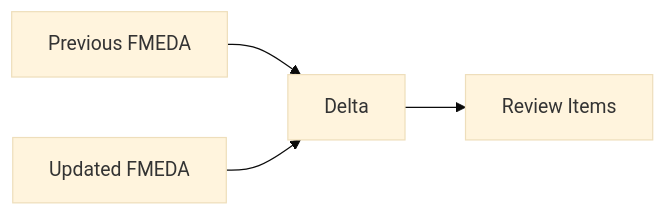
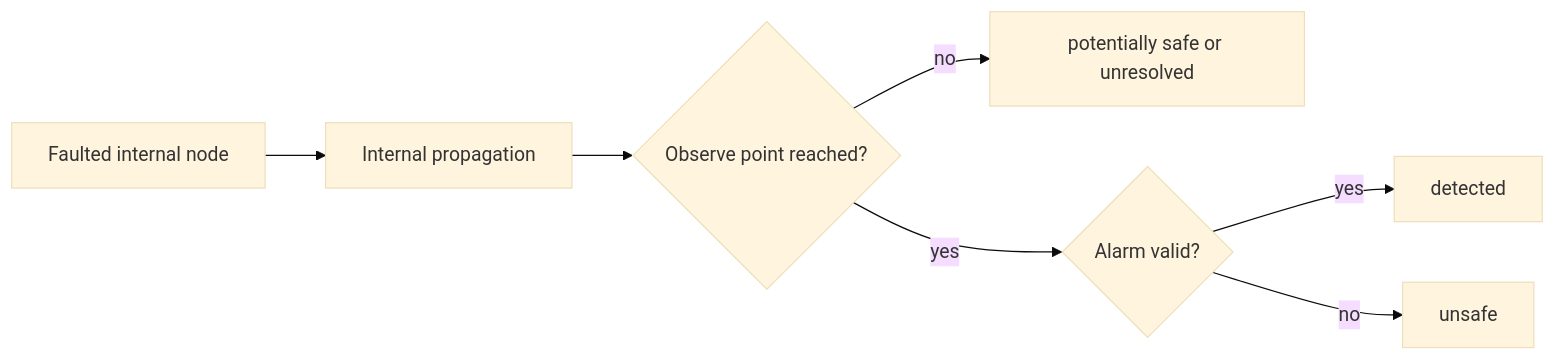
One commit to qiqixixi1001/automotive-safeic-practice changed the eighth of 10 diagrams in articles/13_automotive_safeic_practice_d13_github_en_fmeda_update.md. Above: the diagram before and after it, drawn with Mermaid (base theme). The commit also changed other lines of this file, not shown here.

````diff
--- a/articles/13_automotive_safeic_practice_d13_github_en_fmeda_update.md
+++ b/articles/13_automotive_safeic_practice_d13_github_en_fmeda_update.md
@@ -497,6 +544,9 @@
 ```mermaid
 flowchart LR
-    A[Previous FMEDA] --> C[Delta]
-    B[Updated FMEDA] --> C
-    C --> D[Review Items]
+    A[Faulted internal node] --> B[Internal propagation]
+    B --> C{Observe point reached?}
+    C -- no --> D[potentially safe or unresolved]
+    C -- yes --> E{Alarm valid?}
+    E -- yes --> F[detected]
+    E -- no --> G[unsafe]
 ```
````
